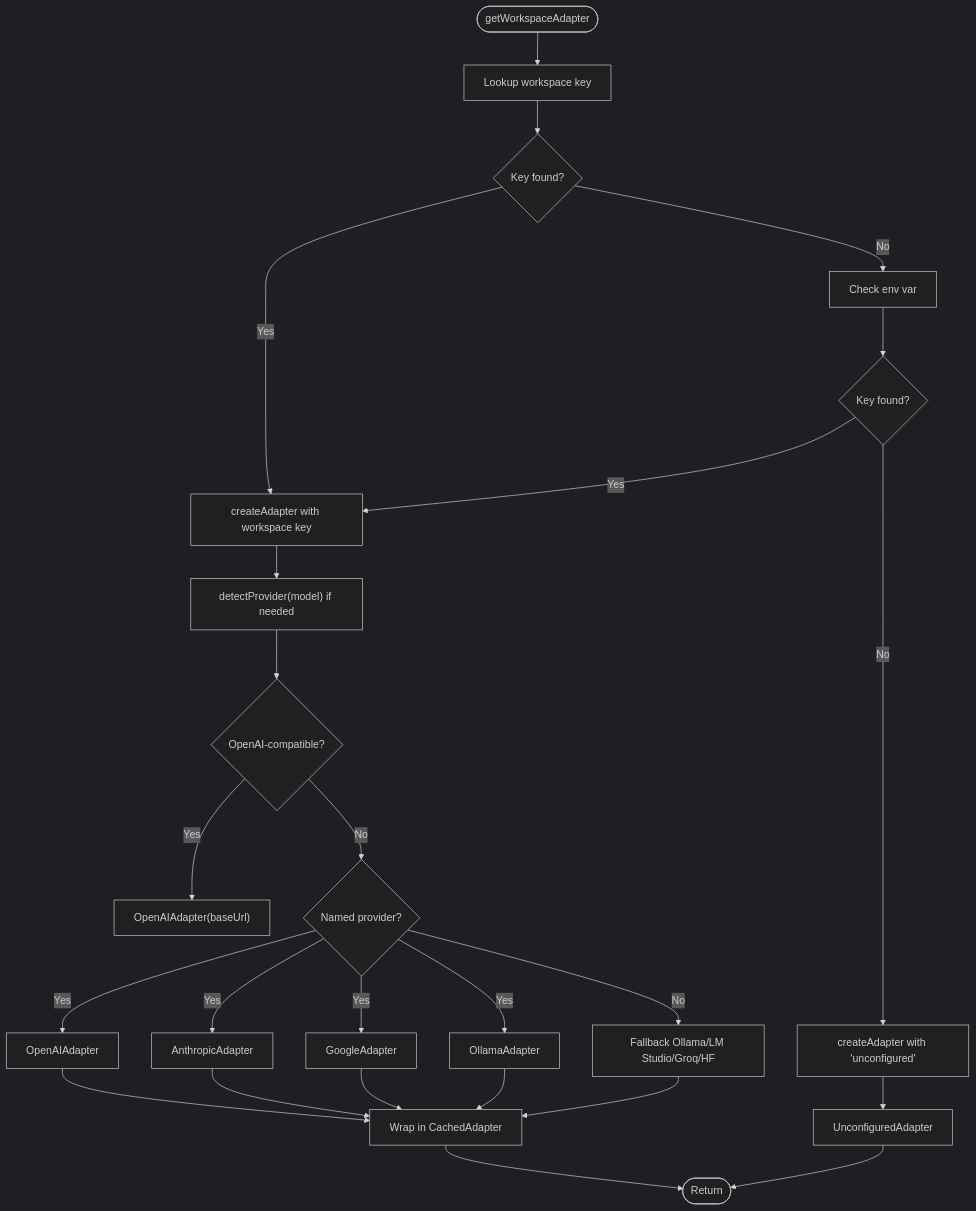
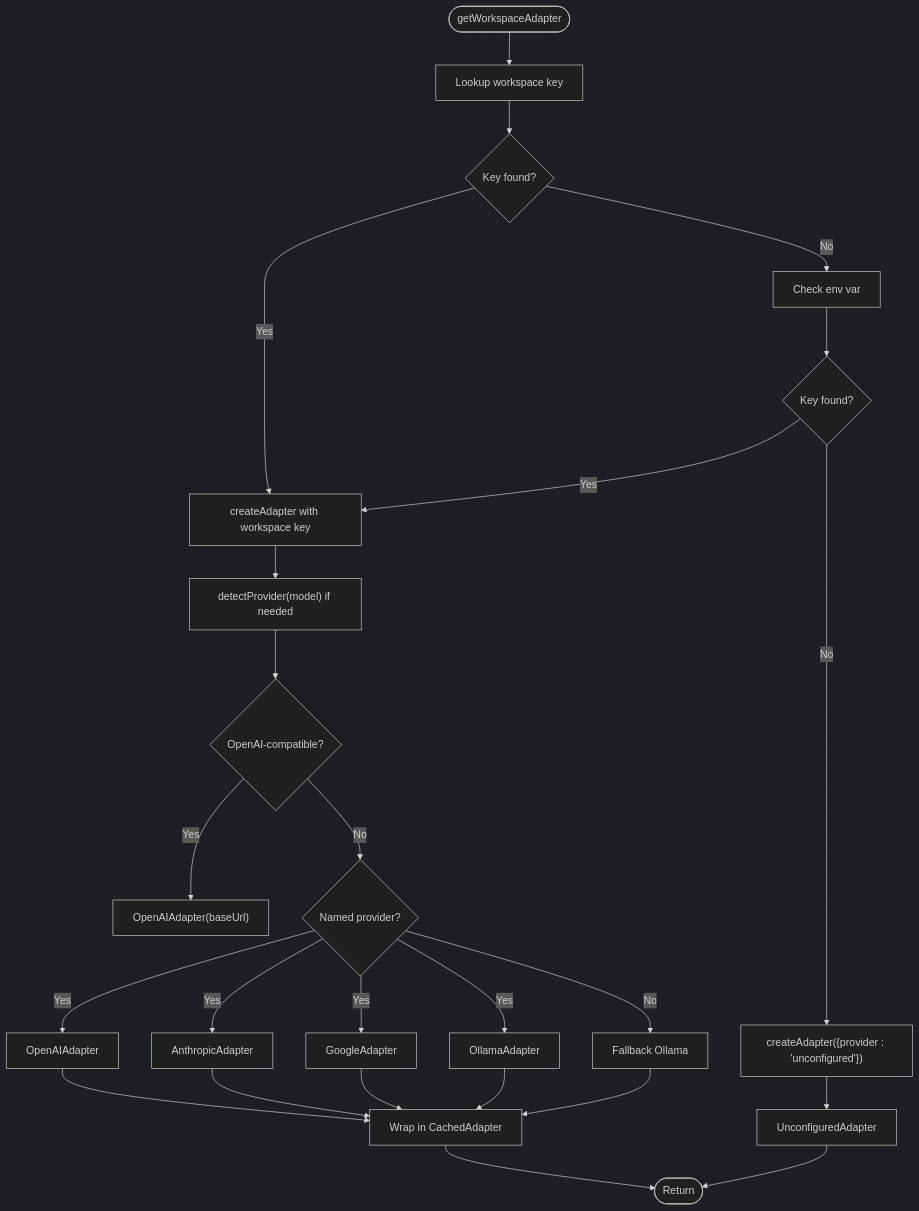
One commit to shekhargiri005-dotcom/AI-powered-accessibility-first-UI-engine changed the fourth of 12 diagrams in .qoder/repowiki/en/content/Architecture & Design/Layered Architecture/Integration Layer/AI Provider Adapters.md. Above: the diagram before and after it, drawn with Mermaid (dark theme). The commit also changed other lines of this file and 9 other files, not shown here.

````diff
--- a/.qoder/repowiki/en/content/Architecture & Design/Layered Architecture/Integration Layer/AI Provider Adapters.md
+++ b/.qoder/repowiki/en/content/Architecture & Design/Layered Architecture/Integration Layer/AI Provider Adapters.md
@@ -192,21 +211,21 @@
 ```mermaid
 flowchart TD
 Start(["getWorkspaceAdapter"]) --> WS["Lookup workspace key"]
 WS --> FoundWS{"Key found?"}
 FoundWS -- Yes --> Create["createAdapter with workspace key"]
 FoundWS -- No --> Env["Check env var"]
 Env --> FoundEnv{"Key found?"}
 FoundEnv -- Yes --> Create
-FoundEnv -- No --> Unconfigured["createAdapter with 'unconfigured'"]
+FoundEnv -- No --> Unconfigured["createAdapter({provider : 'unconfigured'})"]
 Create --> Detect["detectProvider(model) if needed"]
 Detect --> Compat{"OpenAI-compatible?"}
 Compat -- Yes --> OA["OpenAIAdapter(baseUrl)"]
 Compat -- No --> Named{"Named provider?"}
 Named -- Yes --> OA2["OpenAIAdapter"] --> Wrap["Wrap in CachedAdapter"]
 Named -- Yes --> AN["AnthropicAdapter"] --> Wrap
 Named -- Yes --> GOO["GoogleAdapter"] --> Wrap
 Named -- Yes --> OLA["OllamaAdapter"] --> Wrap
-Named -- No --> OL["Fallback Ollama/LM Studio/Groq/HF"] --> Wrap
+Named -- No --> OL["Fallback Ollama"] --> Wrap
 Unconfigured --> UC["UnconfiguredAdapter"] --> End(["Return"])
 Wrap --> End
 ```
````
